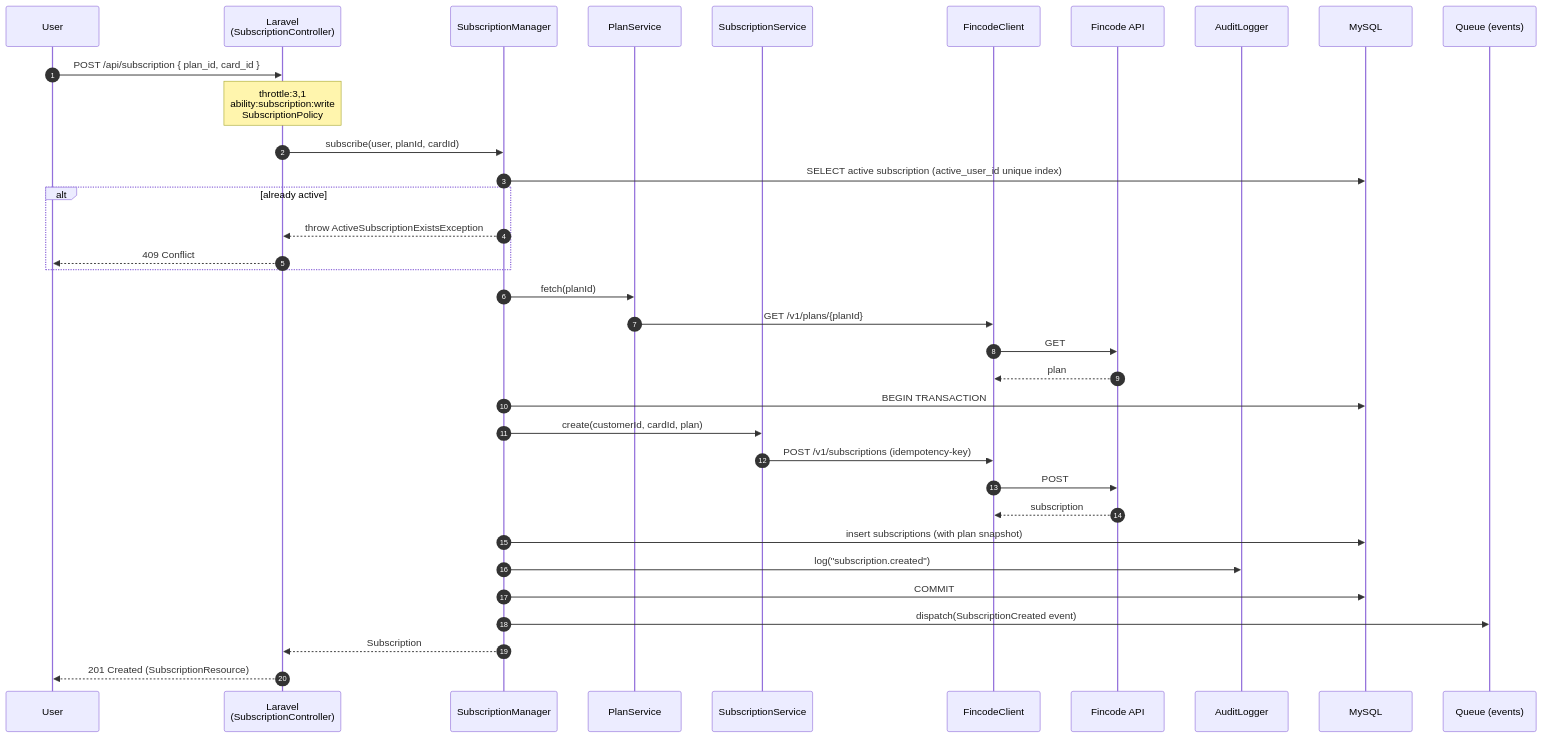
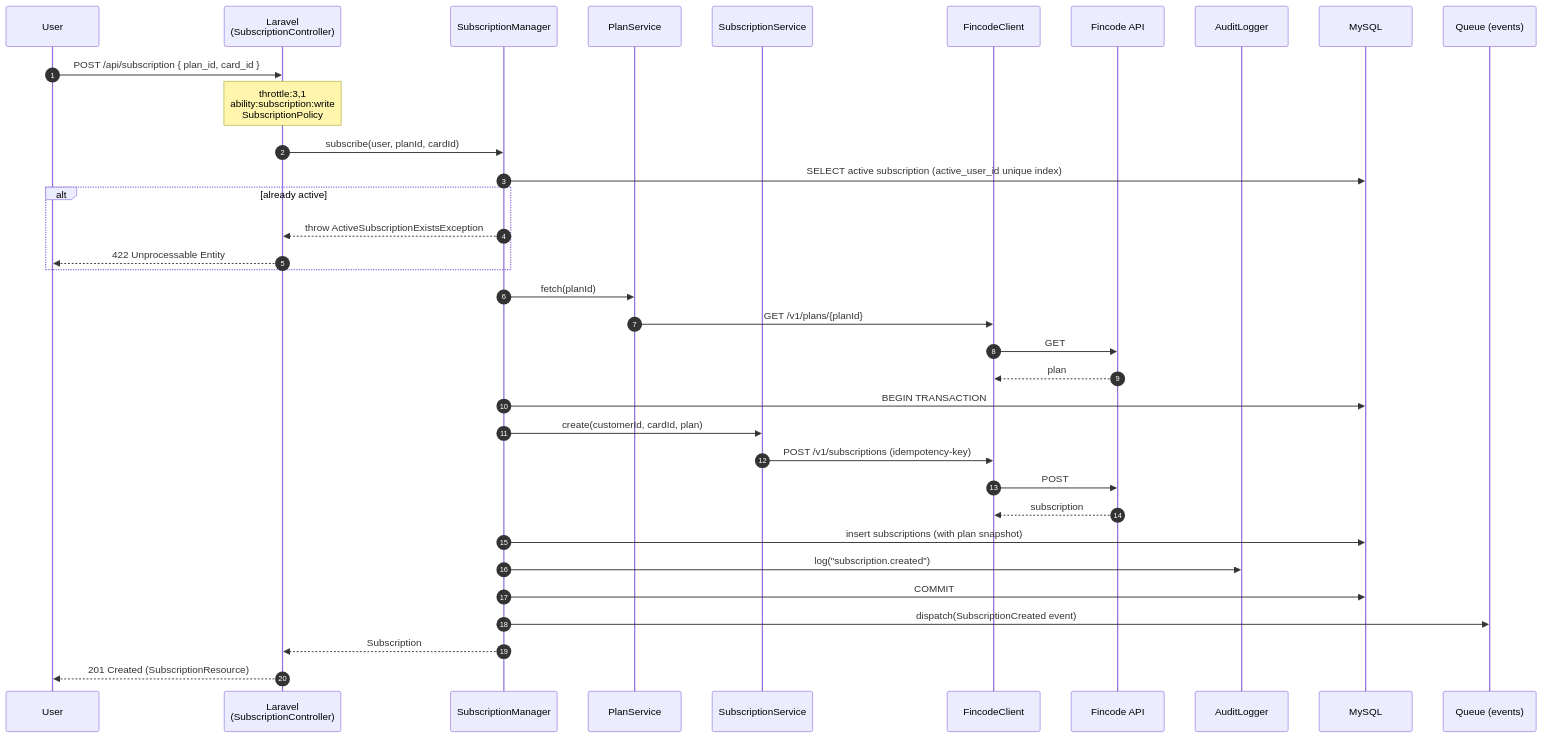
One commit to ltac0203-pixel/hatanaka changed the third of 3 diagrams in docs/architecture/overview.md. Above: the diagram before and after it, drawn with Mermaid. The commit also changed 45 other files, not shown here.

````diff
--- a/docs/architecture/overview.md
+++ b/docs/architecture/overview.md
@@ -98,38 +98,38 @@
 ```mermaid
 sequenceDiagram
     autonumber
     participant U as User
     participant L as Laravel<br/>(SubscriptionController)
     participant SM as SubscriptionManager
     participant PS as PlanService
     participant SS as SubscriptionService
     participant FC as FincodeClient
     participant FA as Fincode API
     participant AL as AuditLogger
     participant DB as MySQL
     participant Q as Queue (events)
 
     U->>L: POST /api/subscription { plan_id, card_id }
     Note over L: throttle:3,1<br/>ability:subscription:write<br/>SubscriptionPolicy
     L->>SM: subscribe(user, planId, cardId)
     SM->>DB: SELECT active subscription (active_user_id unique index)
     alt already active
         SM-->>L: throw ActiveSubscriptionExistsException
-        L-->>U: 409 Conflict
+        L-->>U: 422 Unprocessable Entity
     end
     SM->>PS: fetch(planId)
     PS->>FC: GET /v1/plans/{planId}
     FC->>FA: GET
     FA-->>FC: plan
     SM->>DB: BEGIN TRANSACTION
     SM->>SS: create(customerId, cardId, plan)
     SS->>FC: POST /v1/subscriptions (idempotency-key)
     FC->>FA: POST
     FA-->>FC: subscription
     SM->>DB: insert subscriptions (with plan snapshot)
     SM->>AL: log("subscription.created")
     SM->>DB: COMMIT
     SM->>Q: dispatch(SubscriptionCreated event)
     SM-->>L: Subscription
     L-->>U: 201 Created (SubscriptionResource)
 ```
````
